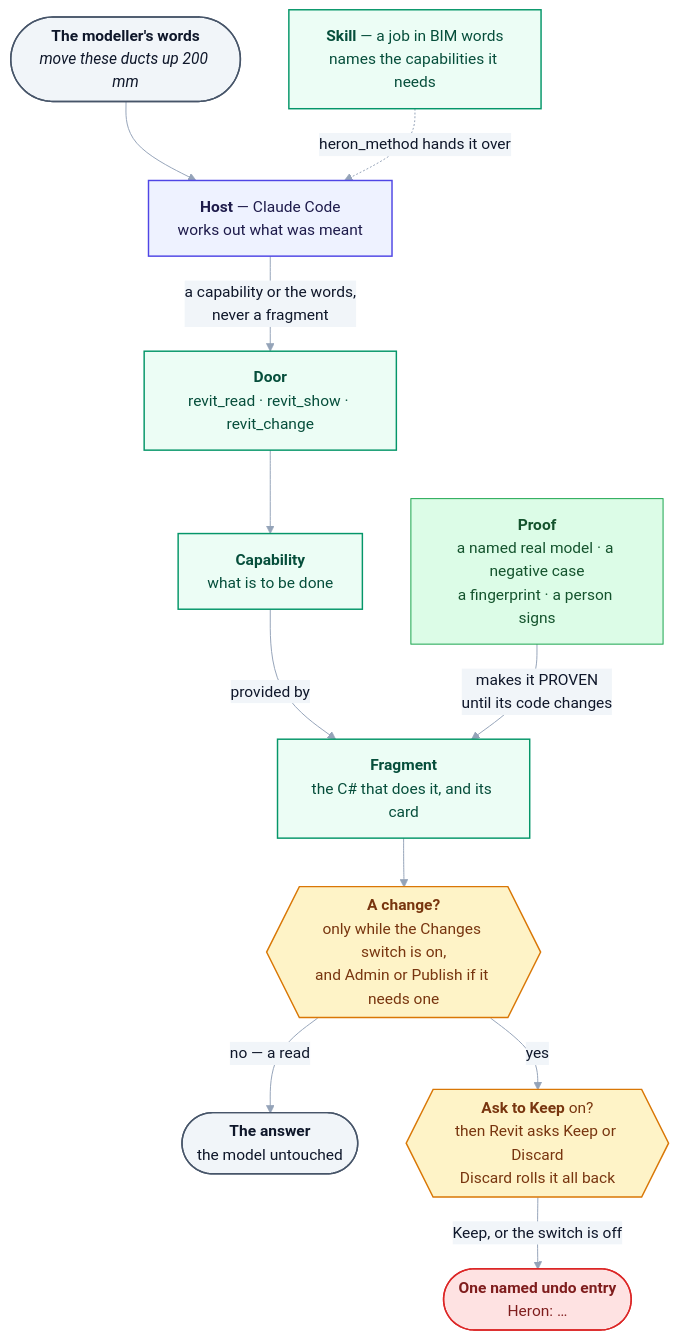
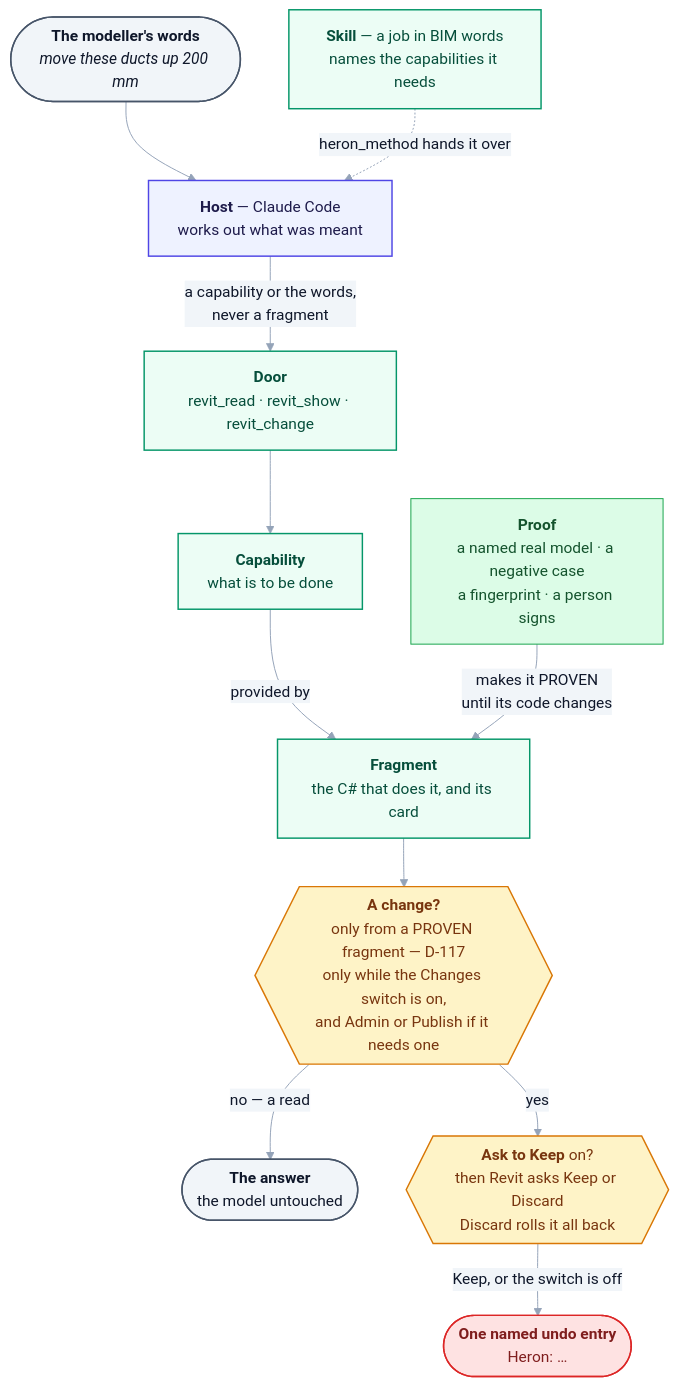
One commit to Ajmalpshaik/Heron-AI changed the diagram in docs/15-glossary.md. Above: the diagram before and after it, drawn with Mermaid. The commit also changed other lines of this file and 133 other files, not shown here.

````diff
--- a/docs/15-glossary.md
+++ b/docs/15-glossary.md
@@ -9,39 +9,39 @@
 ```mermaid
 %%{init: {"themeVariables": {"edgeLabelBackground":"#F1F5F9","lineColor":"#94A3B8","textColor":"#0F172A","tertiaryTextColor":"#0F172A"}}}%%
 flowchart TD
     W(["<b>The modeller's words</b><br/><i>move these ducts up 200 mm</i>"])
     H["<b>Host</b> — Claude Code<br/>works out what was meant"]
     SK["<b>Skill</b> — a job in BIM words<br/>names the capabilities it needs"]
     D["<b>Door</b><br/>revit_read · revit_show · revit_change"]
     C["<b>Capability</b><br/>what is to be done"]
     F["<b>Fragment</b><br/>the C# that does it, and its card"]
     PR["<b>Proof</b><br/>a named real model · a negative case<br/>a fingerprint · a person signs"]
-    SW{{"<b>A change?</b><br/>only while the Changes switch is on,<br/>and Admin or Publish if it needs one"}}
+    SW{{"<b>A change?</b><br/>only from a PROVEN fragment — D-117<br/>only while the Changes switch is on,<br/>and Admin or Publish if it needs one"}}
     A(["<b>The answer</b><br/>the model untouched"])
     K{{"<b>Ask to Keep</b> on?<br/>then Revit asks Keep or Discard<br/>Discard rolls it all back"}}
     U(["<b>One named undo entry</b><br/>Heron: …"])
 
     W --> H
     SK -.->|"heron_method hands it over"| H
     H -->|"a capability or the words,<br/>never a fragment"| D
     D --> C
     C -->|"provided by"| F
     PR -->|"makes it PROVEN<br/>until its code changes"| F
     F --> SW
     SW -->|"no — a read"| A
     SW -->|"yes"| K
     K -->|"Keep, or the switch is off"| U
 
     classDef user fill:#F1F5F9,stroke:#475569,stroke-width:1.5px,color:#0F172A
     classDef host fill:#EEF2FF,stroke:#4F46E5,stroke-width:1.5px,color:#1E1B4B
     classDef brain fill:#ECFDF5,stroke:#059669,stroke-width:1.5px,color:#064E3B
     classDef addin fill:#FEF3C7,stroke:#D97706,stroke-width:1.5px,color:#78350F
     classDef revit fill:#FEE2E2,stroke:#DC2626,stroke-width:1.5px,color:#7F1D1D
     classDef proven fill:#DCFCE7,stroke:#16A34A,color:#14532D
     class W,A user
     class H host
     class SK,D,C,F brain
     class PR proven
     class SW,K addin
     class U revit
 ```
````
